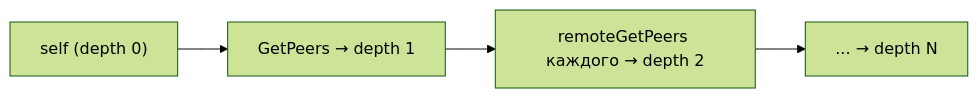
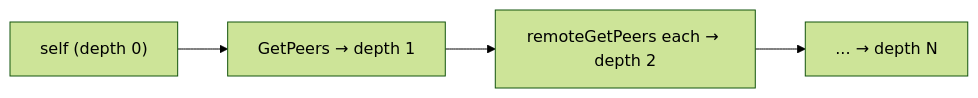
One commit to voluminor/ratatoskr changed the second of 3 diagrams in mod/probe/README.md. Above: the diagram before and after it, drawn with Mermaid (forest theme). The commit also changed other lines of this file and 6 other files, not shown here.

````diff
--- a/mod/probe/README.md
+++ b/mod/probe/README.md
@@ -90,6 +90,6 @@
 ```mermaid
 flowchart LR
     Root["self (depth 0)"] --> D1["GetPeers → depth 1"]
-    D1 --> D2["remoteGetPeers каждого → depth 2"]
+    D1 --> D2["remoteGetPeers each → depth 2"]
     D2 --> D3["... → depth N"]
 ```
````
